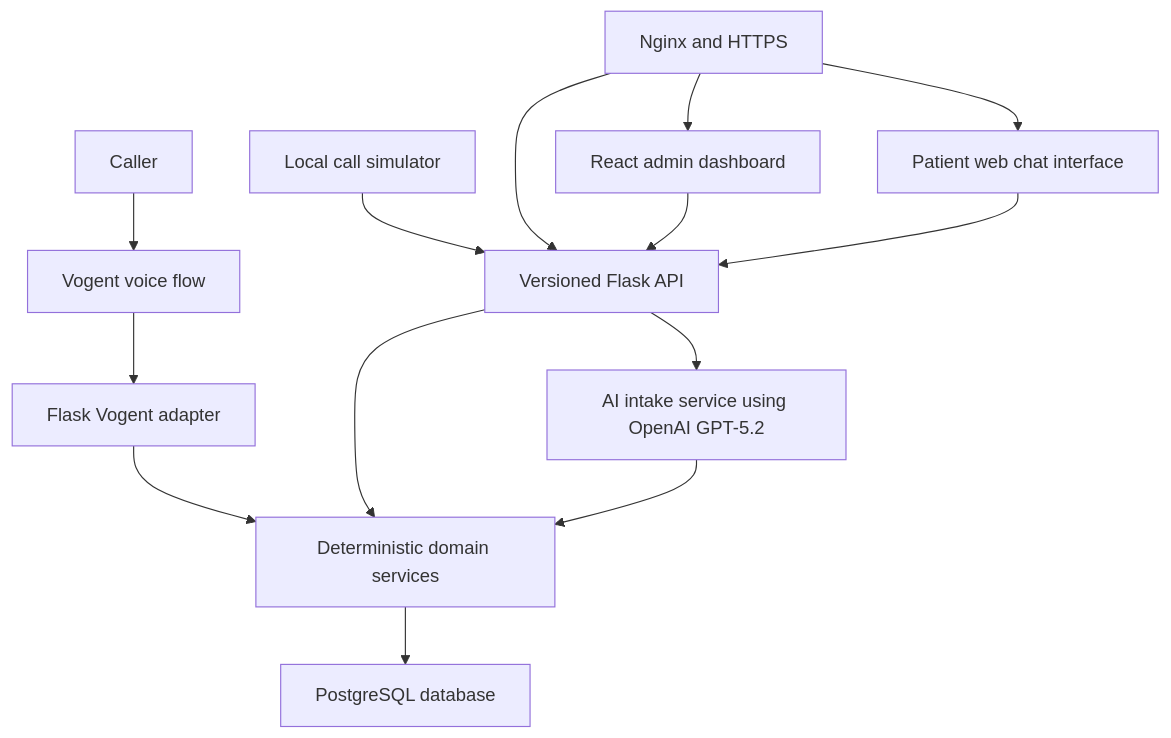
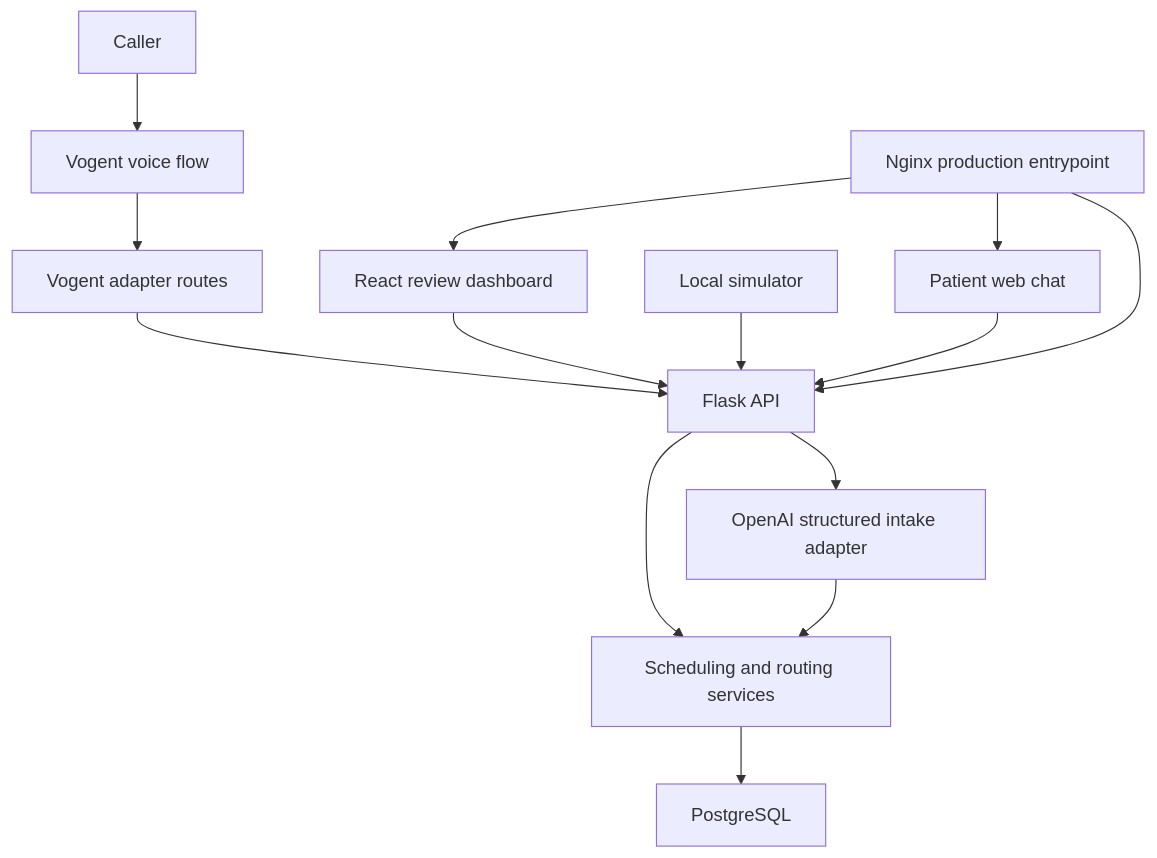
One commit to jordansegoviagonzalez/voice-ai-scheduling-platform changed the diagram in README.md. Above: the diagram before and after it, drawn with Mermaid. The commit also changed other lines of this file and 10 other files, not shown here.

````diff
--- a/README.md
+++ b/README.md
@@ -109,20 +29,18 @@
 ```mermaid
 flowchart TB
     Caller["Caller"] --> Vogent["Vogent voice flow"]
-    Vogent --> Adapter["Flask Vogent adapter"]
-    Simulator["Local call simulator"] --> API["Versioned Flask API"]
+    BrowserPatient["Patient web chat"] --> API["Flask API"]
+    Dashboard["React review dashboard"] --> API
+    Simulator["Local simulator"] --> API
 
-    Adapter --> Domain["Deterministic domain services"]
-    API --> Domain
-    Domain --> Database["PostgreSQL database"]
+    Vogent --> Adapter["Vogent adapter routes"]
+    Adapter --> API
+    API --> Domain["Scheduling and routing services"]
+    API --> Intake["OpenAI structured intake adapter"]
+    Intake --> Domain
+    Domain --> Database["PostgreSQL"]
 
-    Nginx["Nginx and HTTPS"] --> Dashboard["React admin dashboard"]
-    Nginx --> WebChat["Patient web chat interface"]
+    Nginx["Nginx production entrypoint"] --> Dashboard
+    Nginx --> BrowserPatient
     Nginx --> API
-
-    Dashboard --> API
-    WebChat --> API
-
-    API --> AIIntake["AI intake service using OpenAI GPT-5.2"]
-    AIIntake --> Domain
 ```
````
